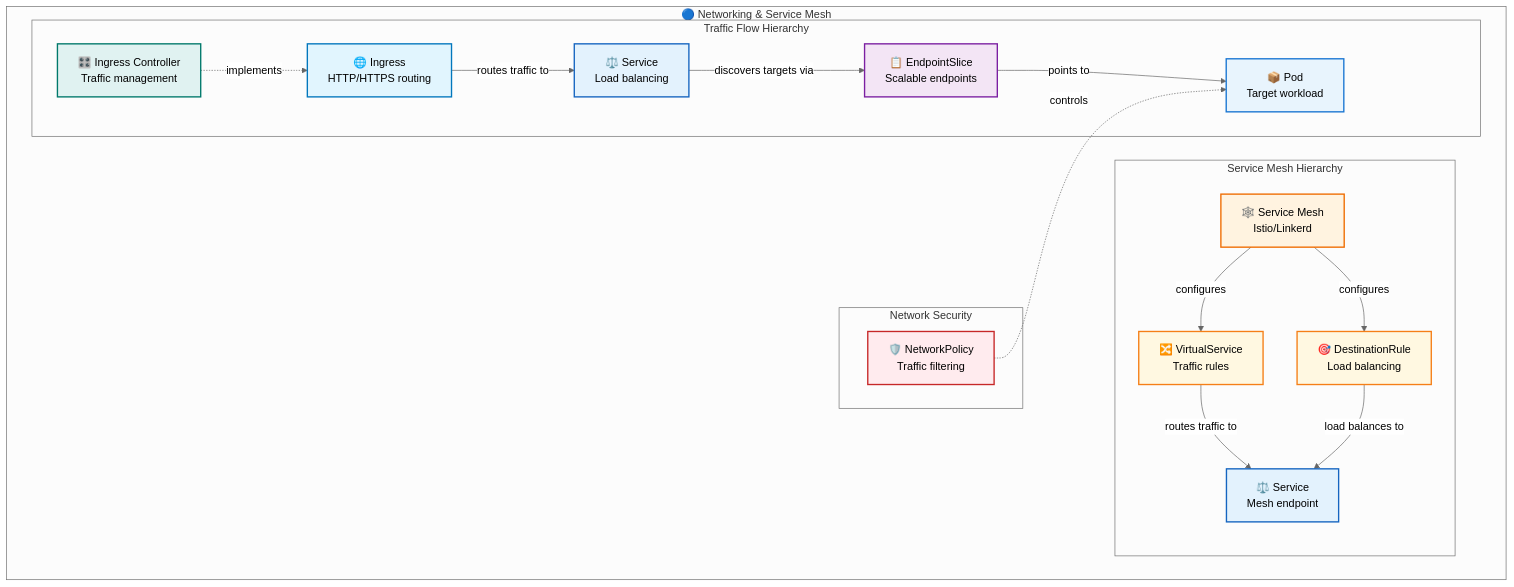
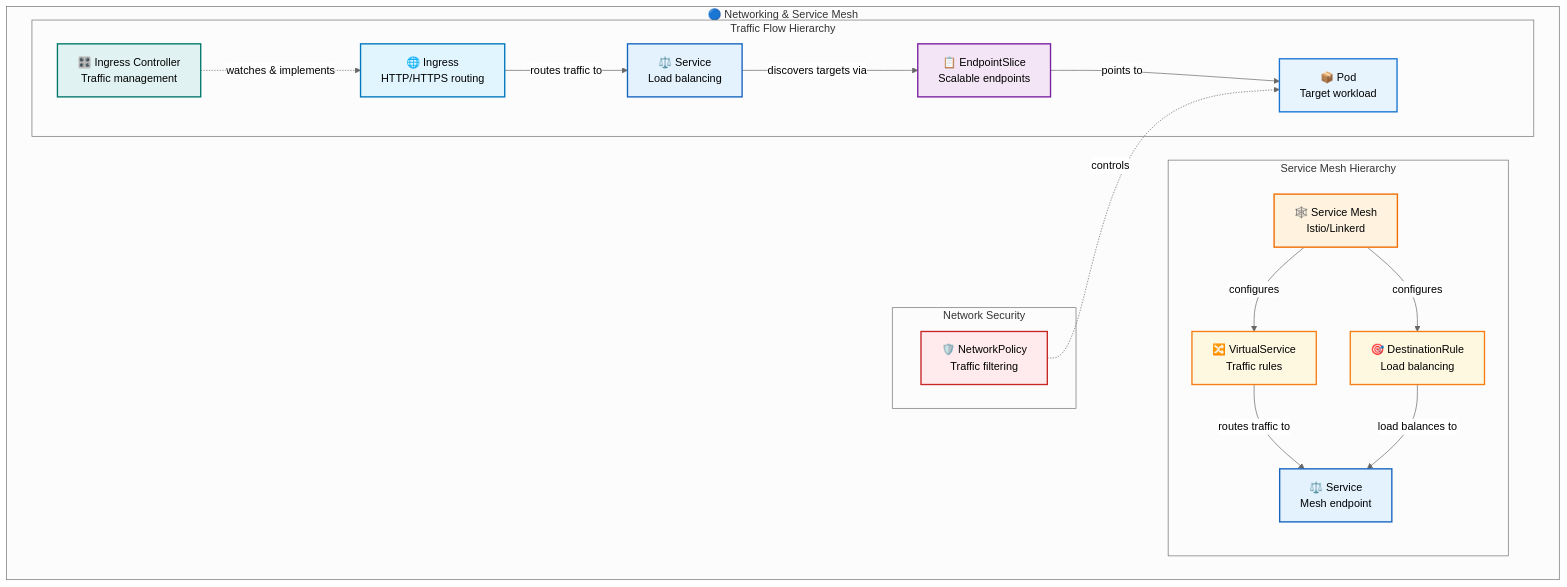
One commit to razkevich/system_design_course changed the third of 8 diagrams in 1.4_distributed_systems/kubernetes_developer_guide.md. Above: the diagram before and after it, drawn with Mermaid (neutral theme). The commit also changed other lines of this file, not shown here.

````diff
--- a/1.4_distributed_systems/kubernetes_developer_guide.md
+++ b/1.4_distributed_systems/kubernetes_developer_guide.md
@@ -85,46 +81,46 @@
 ```mermaid
 flowchart TD
     subgraph "🔵 Networking & Service Mesh"
         
         subgraph "Traffic Flow Hierarchy"
             Ingress["🌐 Ingress<br/>HTTP/HTTPS routing"]
             IngressController["🎛️ Ingress Controller<br/>Traffic management"]
             Service["⚖️ Service<br/>Load balancing"]
             EndpointSlice["📋 EndpointSlice<br/>Scalable endpoints"]
             NetworkPod["📦 Pod<br/>Target workload"]
             
-            IngressController -.->|"implements"| Ingress
+            IngressController -.->|"watches & implements"| Ingress
             Ingress -->|"routes traffic to"| Service
             Service -->|"discovers targets via"| EndpointSlice
             EndpointSlice -->|"points to"| NetworkPod
         end
         
         subgraph "Service Mesh Hierarchy"
             ServiceMesh["🕸️ Service Mesh<br/>Istio/Linkerd"]
             VirtualService["🔀 VirtualService<br/>Traffic rules"]
             DestinationRule["🎯 DestinationRule<br/>Load balancing"]
             MeshService["⚖️ Service<br/>Mesh endpoint"]
             
             ServiceMesh -->|"configures"| VirtualService
             ServiceMesh -->|"configures"| DestinationRule
             VirtualService -->|"routes traffic to"| MeshService
             DestinationRule -->|"load balances to"| MeshService
         end
         
         subgraph "Network Security"
             NetworkPolicy["🛡️ NetworkPolicy<br/>Traffic filtering"]
             NetworkPolicy -.->|"controls"| NetworkPod
         end
     end
     
     style NetworkPod fill:#e8f4fd,stroke:#1976d2,stroke-width:2px,color:#000
     style Service fill:#e3f2fd,stroke:#1565c0,stroke-width:2px,color:#000
     style Ingress fill:#e1f5fe,stroke:#0277bd,stroke-width:2px,color:#000
     style IngressController fill:#e0f2f1,stroke:#00796b,stroke-width:2px,color:#000
     style EndpointSlice fill:#f3e5f5,stroke:#7b1fa2,stroke-width:2px,color:#000
     style ServiceMesh fill:#fff3e0,stroke:#ef6c00,stroke-width:2px,color:#000
     style VirtualService fill:#fff8e1,stroke:#f57f17,stroke-width:2px,color:#000
     style DestinationRule fill:#fff8e1,stroke:#f57f17,stroke-width:2px,color:#000
     style MeshService fill:#e3f2fd,stroke:#1565c0,stroke-width:2px,color:#000
     style NetworkPolicy fill:#ffebee,stroke:#c62828,stroke-width:2px,color:#000
 ```
````
